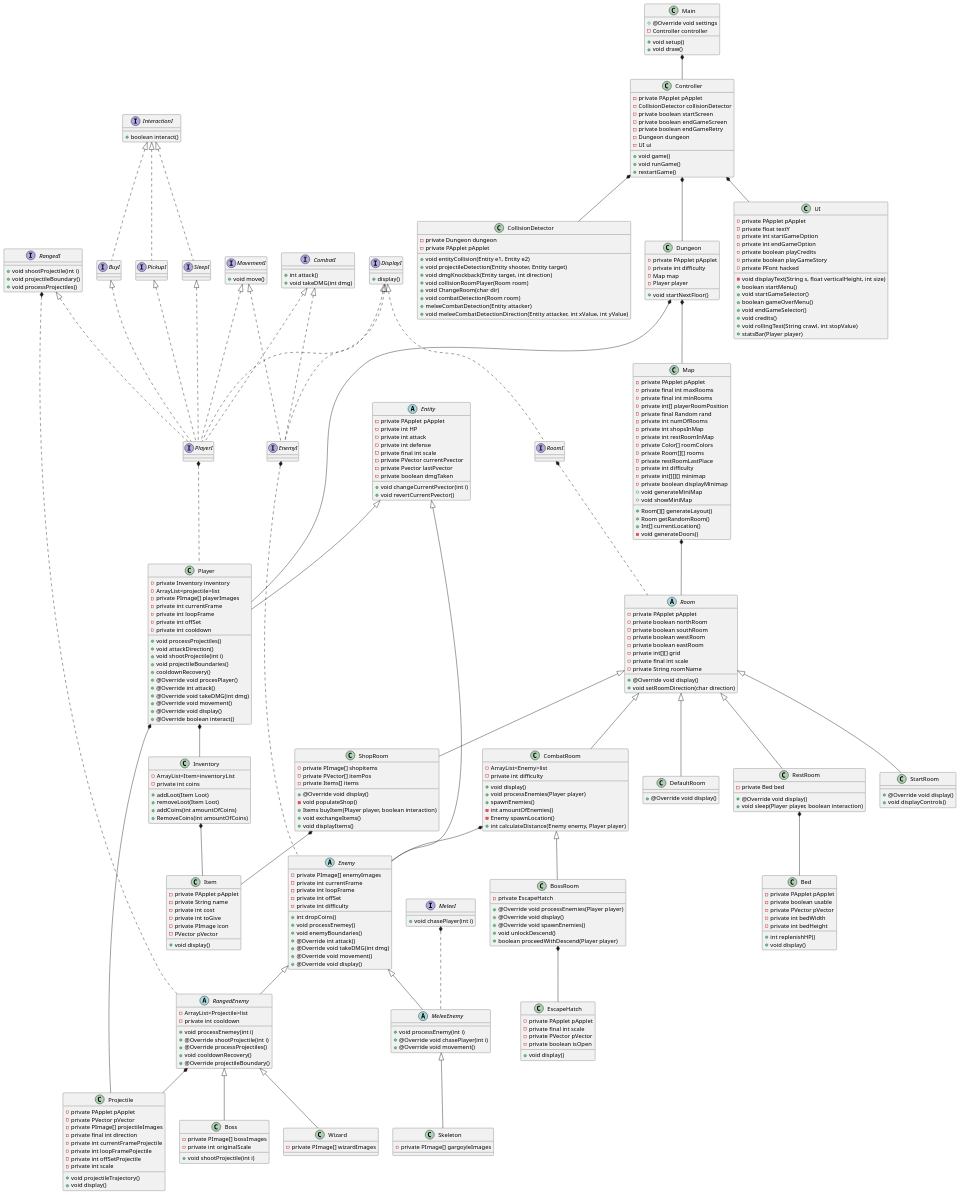
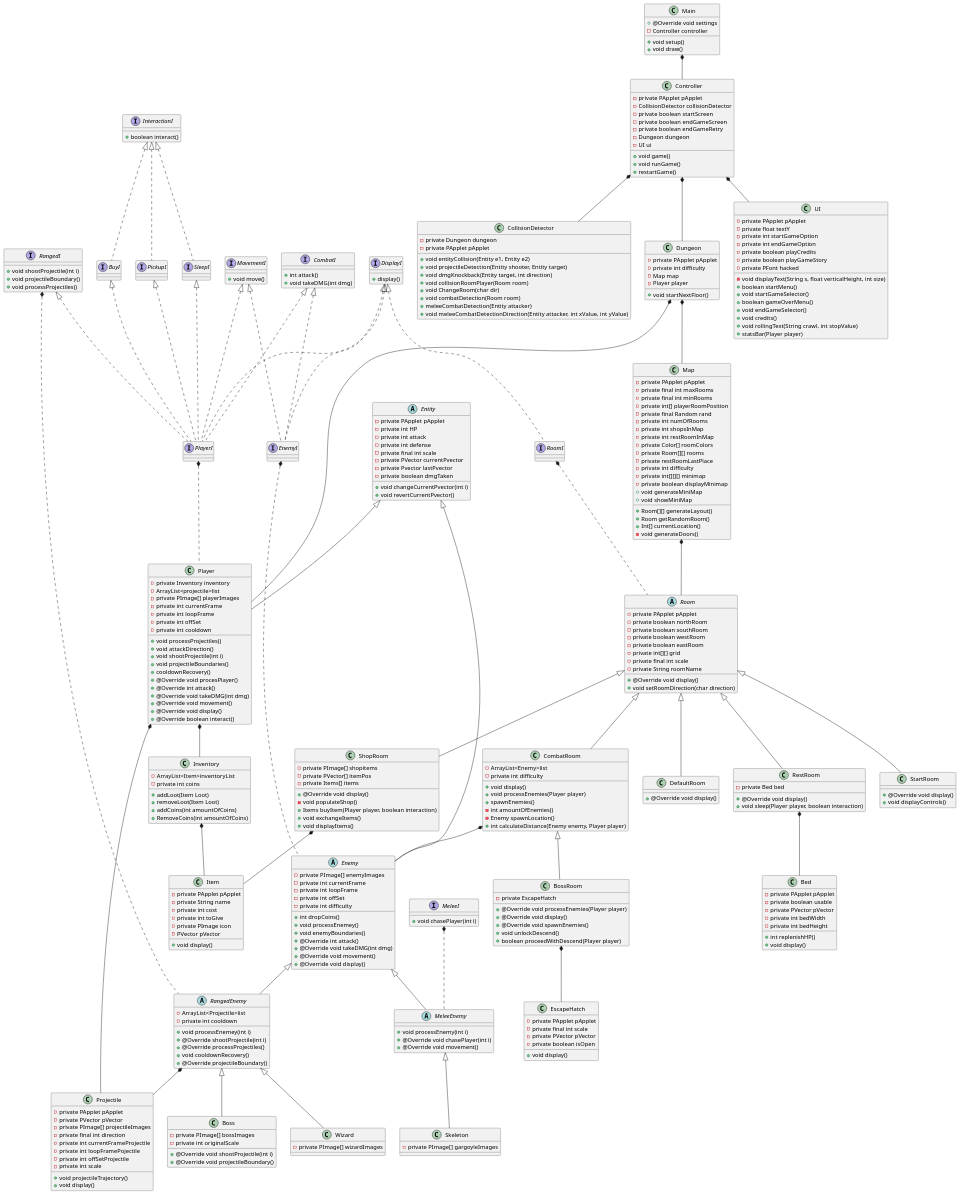
The diagram in SP4/src/Diagrams/Class Diagram V2.puml (coerth/SP4), drawn with PlantUML before and after one commit.

Commit message:
Update Class Diagram V2.puml

```diff
--- a/SP4/src/Diagrams/Class Diagram V2.puml
+++ b/SP4/src/Diagrams/Class Diagram V2.puml
@@ -86,7 +86,8 @@
 Entity : + void changeCurrentPvector(int i)
 Entity : + void revertCurrentPvector()
 
-Boss : + void shootProjectile(int i)
+Boss : + @Override void shootProjectile(int i)
+Boss : + @Override void projectileBoundary()
 Boss : - private PImage[] bossImages
 Boss : - private int originalScale
 
```
